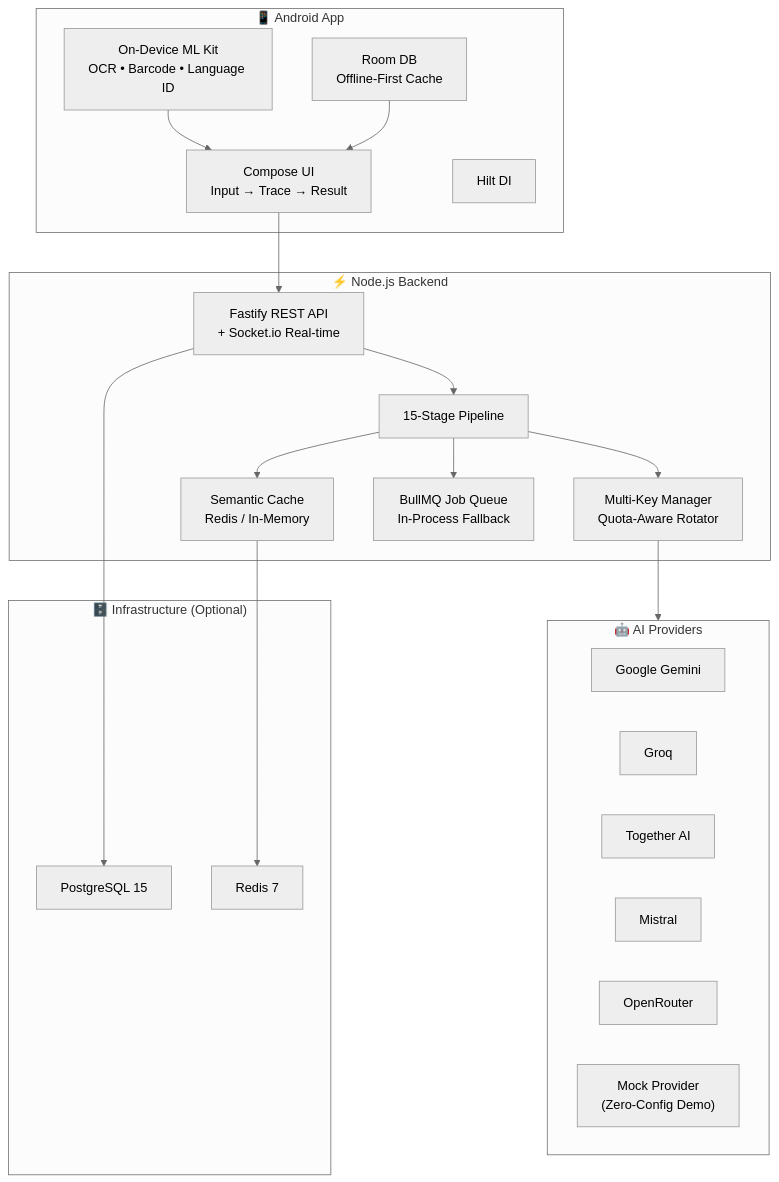
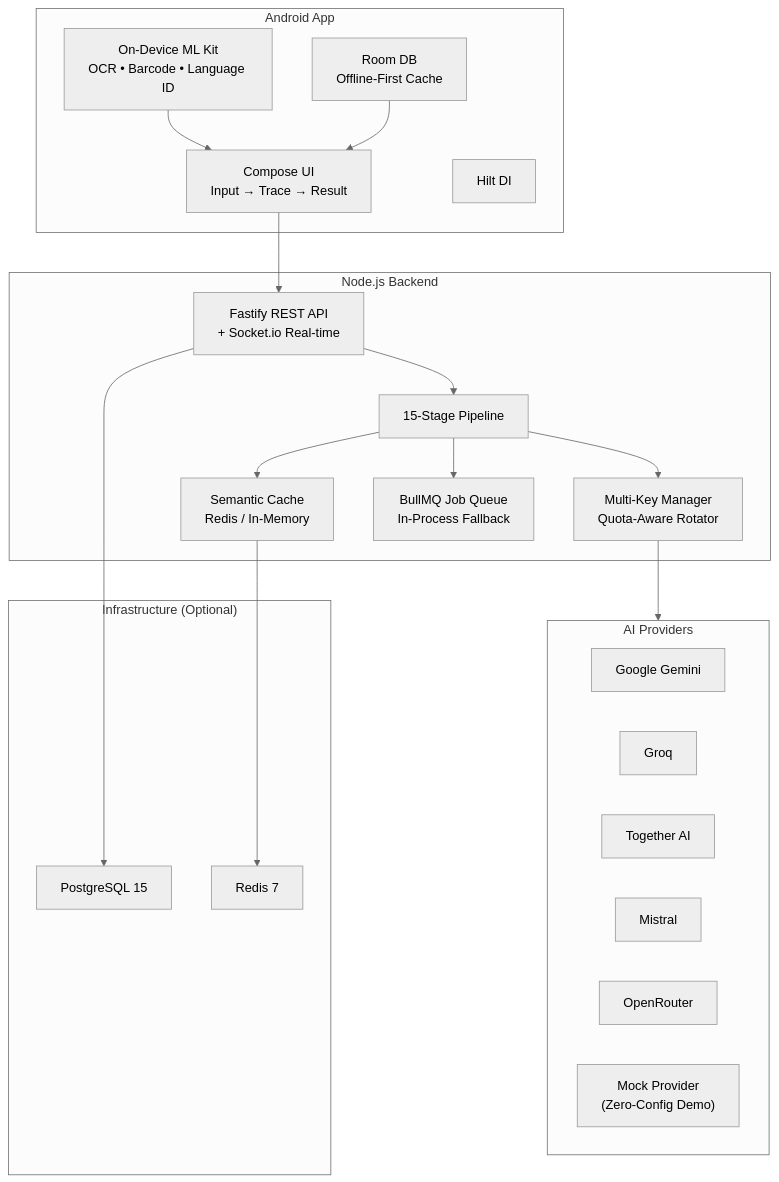
The diagram in README.md (Nithin-kumar-hub/Model_Mesh), drawn with Mermaid (neutral theme) before and after one commit. The commit also changed other lines of this file, not shown here.

````diff
--- a/README.md
+++ b/README.md
@@ -130,42 +130,42 @@
 ```mermaid
 graph TB
-    subgraph Client["📱 Android App"]
+    subgraph Client["Android App"]
         UI["Compose UI<br/>Input → Trace → Result"]
         OCR["On-Device ML Kit<br/>OCR • Barcode • Language ID"]
         Room["Room DB<br/>Offline-First Cache"]
         Hilt["Hilt DI"]
     end
 
-    subgraph Backend["⚡ Node.js Backend"]
+    subgraph Backend["Node.js Backend"]
         API["Fastify REST API<br/>+ Socket.io Real-time"]
         Pipeline["15-Stage Pipeline"]
         Keys["Multi-Key Manager<br/>Quota-Aware Rotator"]
         Cache["Semantic Cache<br/>Redis / In-Memory"]
         Queue["BullMQ Job Queue<br/>In-Process Fallback"]
     end
 
-    subgraph Providers["🤖 AI Providers"]
+    subgraph Providers["AI Providers"]
         Gemini["Google Gemini"]
         Groq["Groq"]
         Together["Together AI"]
         Mistral["Mistral"]
         OpenRouter["OpenRouter"]
         Mock["Mock Provider<br/>(Zero-Config Demo)"]
     end
 
-    subgraph Infra["🗄️ Infrastructure (Optional)"]
+    subgraph Infra["Infrastructure (Optional)"]
         PG["PostgreSQL 15"]
         Redis["Redis 7"]
     end
 
     UI --> API
     OCR --> UI
     Room --> UI
     API --> Pipeline
     Pipeline --> Keys
     Keys --> Providers
     Pipeline --> Cache
     Pipeline --> Queue
     API --> PG
     Cache --> Redis
 ```
````
